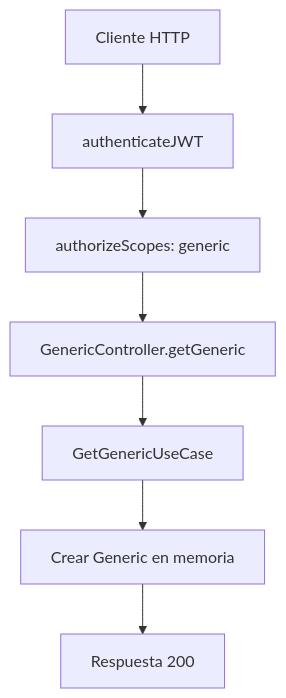
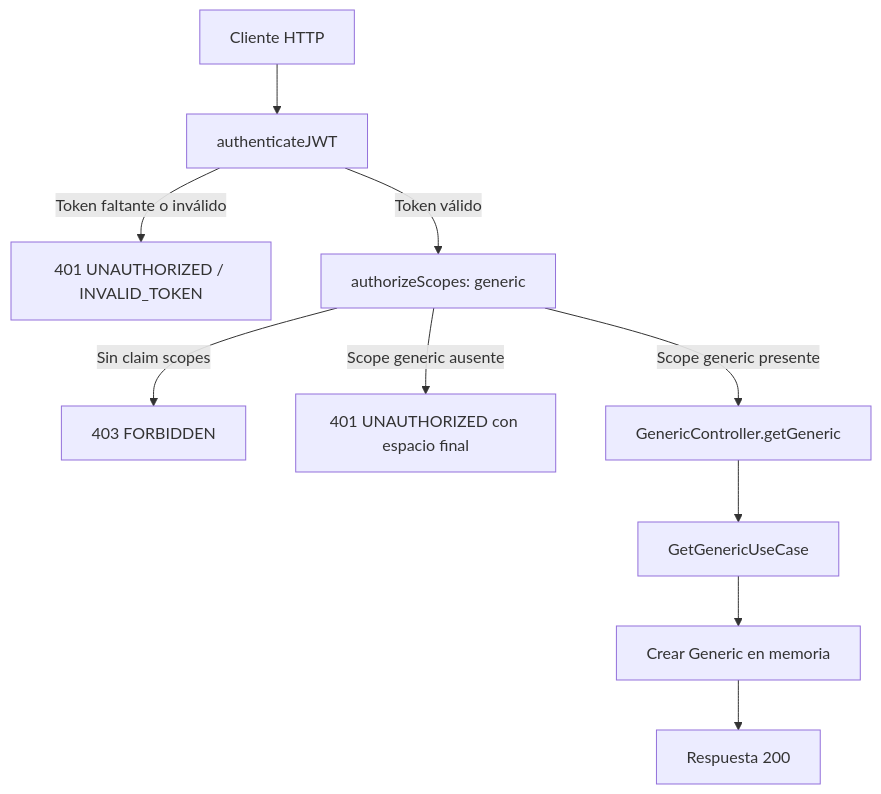
Before and after one commit to jac2206/chasis-express-ts: the diagram in docs/use-case/get-generic.md, drawn with Mermaid. The commit also changed 25 other files, not shown here.

````diff
--- a/docs/use-case/get-generic.md
+++ b/docs/use-case/get-generic.md
@@ -65,9 +65,12 @@
 ```mermaid
 flowchart TD
     A[Cliente HTTP] --> B[authenticateJWT]
-    B --> C[authorizeScopes: generic]
-    C --> D[GenericController.getGeneric]
+    B -->|Token faltante o inválido| X[401 UNAUTHORIZED / INVALID_TOKEN]
+    B -->|Token válido| C[authorizeScopes: generic]
+    C -->|Sin claim scopes| Y[403 FORBIDDEN]
+    C -->|Scope generic ausente| Z[401 UNAUTHORIZED con espacio final]
+    C -->|Scope generic presente| D[GenericController.getGeneric]
     D --> E[GetGenericUseCase]
     E --> F[Crear Generic en memoria]
     F --> G[Respuesta 200]
 ```
````
